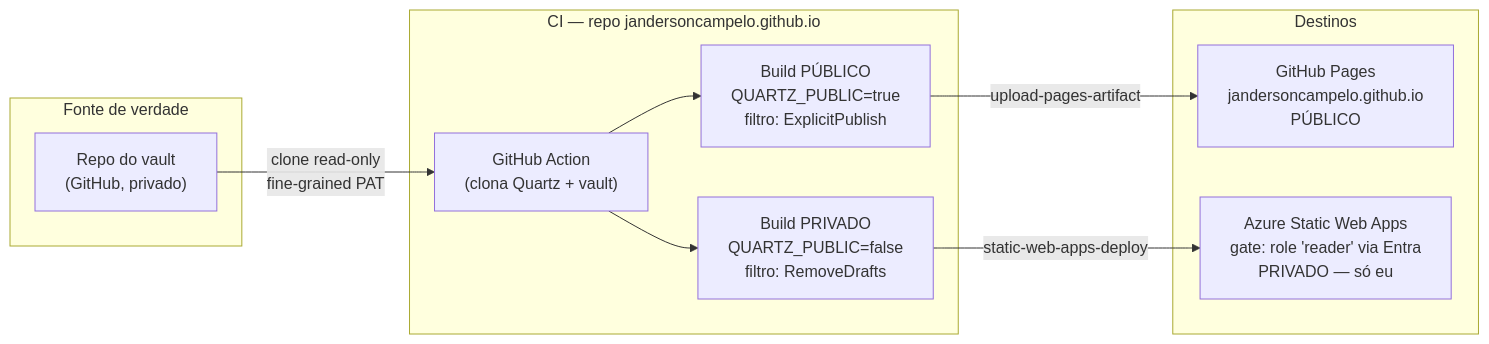
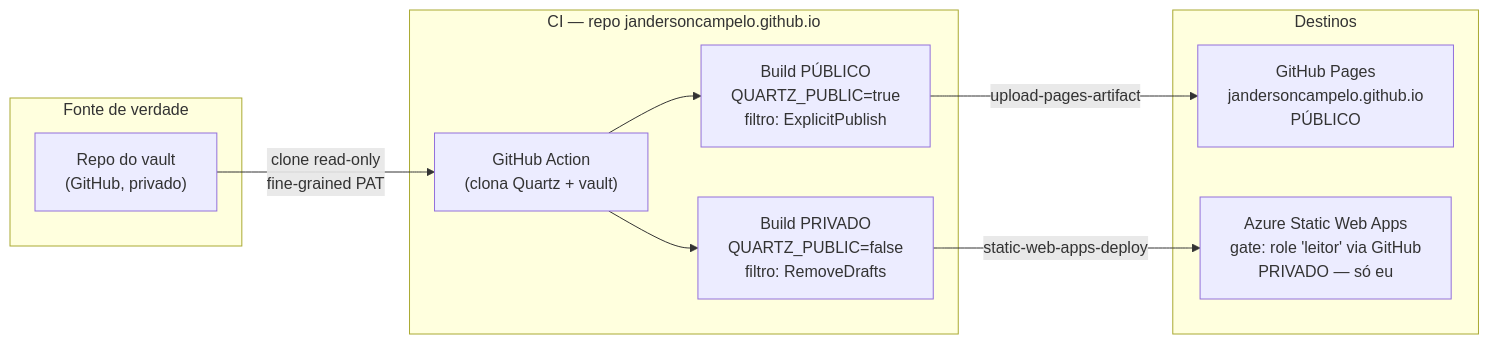
The diagram in spec.md (jandersoncampelo/jandersoncampelo.github.io), drawn with Mermaid before and after one commit. The commit also changed other lines of this file and 3 other files, not shown here.

Commit message:
auth: gate do SWA usa role 'leitor' via GitHub (alinha config e docs)

````diff
--- a/spec.md
+++ b/spec.md
@@ -62,23 +62,23 @@
 ```mermaid
 flowchart LR
     subgraph src["Fonte de verdade"]
         VAULT["Repo do vault<br/>(GitHub, privado)"]
     end
 
     subgraph ci["CI — repo jandersoncampelo.github.io"]
         WF["GitHub Action<br/>(clona Quartz + vault)"]
         PUB["Build PÚBLICO<br/>QUARTZ_PUBLIC=true<br/>filtro: ExplicitPublish"]
         PRV["Build PRIVADO<br/>QUARTZ_PUBLIC=false<br/>filtro: RemoveDrafts"]
         WF --> PUB
         WF --> PRV
     end
 
     subgraph dst["Destinos"]
         PAGES["GitHub Pages<br/>jandersoncampelo.github.io<br/>PÚBLICO"]
-        SWA["Azure Static Web Apps<br/>gate: role 'reader' via Entra<br/>PRIVADO — só eu"]
+        SWA["Azure Static Web Apps<br/>gate: role 'leitor' via GitHub<br/>PRIVADO — só eu"]
     end
 
     VAULT -->|clone read-only<br/>fine-grained PAT| WF
     PUB -->|upload-pages-artifact| PAGES
     PRV -->|static-web-apps-deploy| SWA
 ```
````
